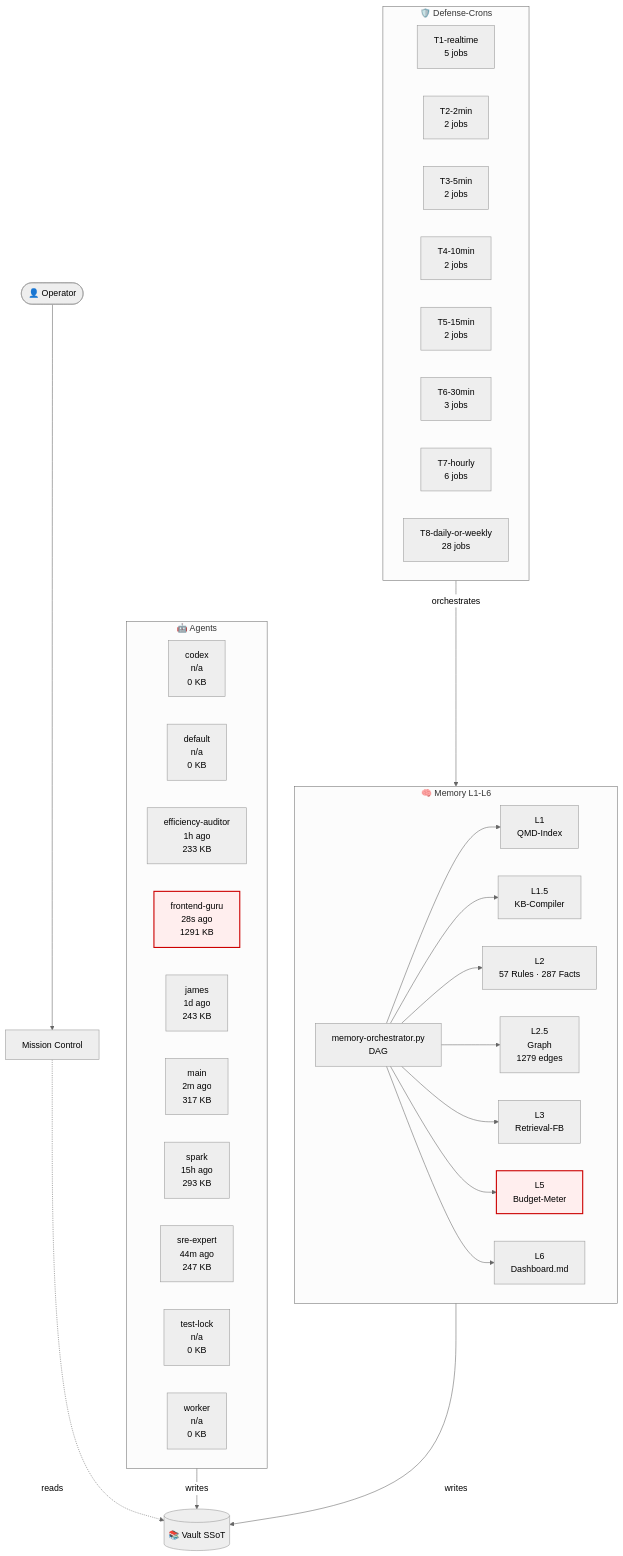
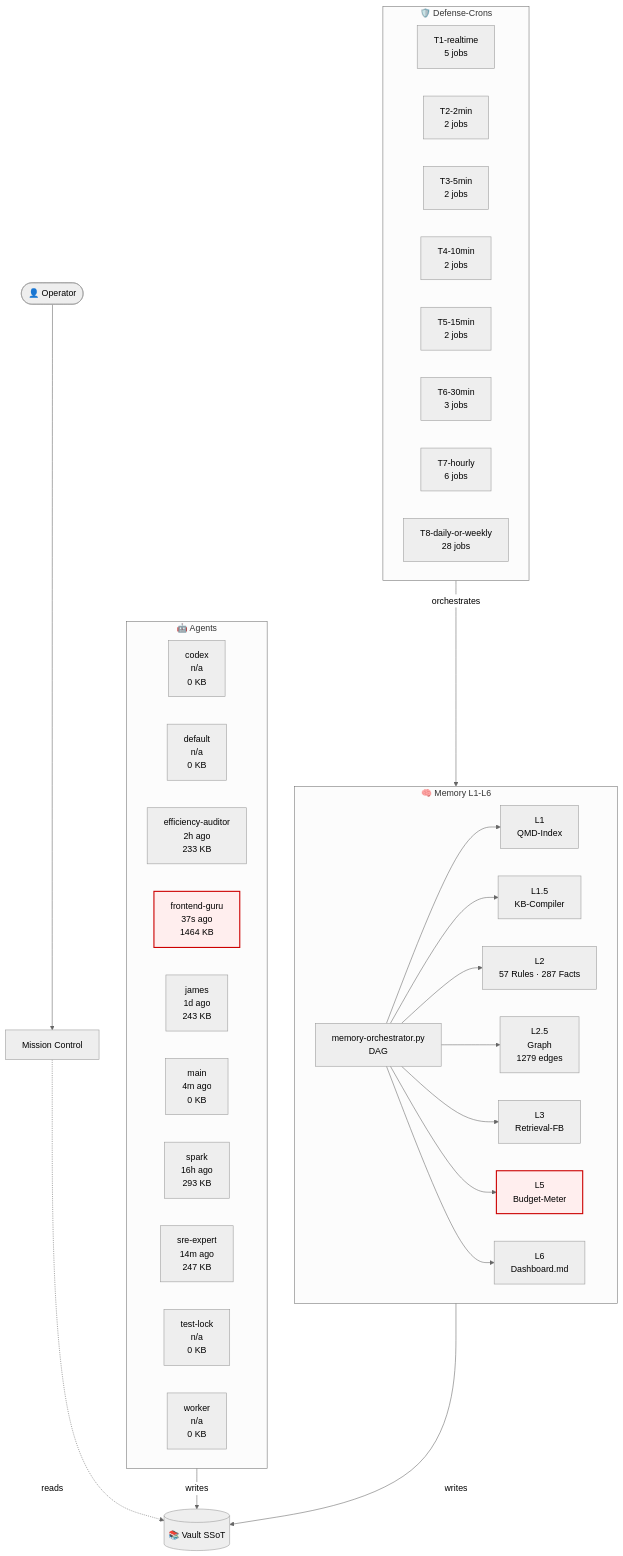
The diagram in 03-Agents/architecture-live.md (lenardhuebner88-rgb/openclaw-memory), drawn with Mermaid (neutral theme) before and after one commit. The commit also changed other lines of this file and 6 other files, not shown here.

````diff
--- a/03-Agents/architecture-live.md
+++ b/03-Agents/architecture-live.md
@@ -18,53 +18,53 @@
 ```mermaid
 flowchart TB
     classDef critical fill:#fee,stroke:#c00,stroke-width:2px;
     subgraph AGT["🤖 Agents"]
         agent_codex["codex<br/>n/a<br/>0 KB"]
         agent_default["default<br/>n/a<br/>0 KB"]
-        agent_efficiency_auditor["efficiency-auditor<br/>1h ago<br/>233 KB"]
-        agent_frontend_guru["frontend-guru<br/>28s ago<br/>1291 KB"]
+        agent_efficiency_auditor["efficiency-auditor<br/>2h ago<br/>233 KB"]
+        agent_frontend_guru["frontend-guru<br/>37s ago<br/>1464 KB"]
         agent_james["james<br/>1d ago<br/>243 KB"]
-        agent_main["main<br/>2m ago<br/>317 KB"]
-        agent_spark["spark<br/>15h ago<br/>293 KB"]
-        agent_sre_expert["sre-expert<br/>44m ago<br/>247 KB"]
+        agent_main["main<br/>4m ago<br/>0 KB"]
+        agent_spark["spark<br/>16h ago<br/>293 KB"]
+        agent_sre_expert["sre-expert<br/>14m ago<br/>247 KB"]
         agent_test_lock["test-lock<br/>n/a<br/>0 KB"]
         agent_worker["worker<br/>n/a<br/>0 KB"]
     end
     subgraph MEM["🧠 Memory L1-L6"]
         L1["L1<br/>QMD-Index"]
         L15["L1.5<br/>KB-Compiler"]
         L2["L2<br/>57 Rules · 287 Facts"]
         L25["L2.5<br/>Graph<br/>1279 edges"]
         L3["L3<br/>Retrieval-FB"]
         L5["L5<br/>Budget-Meter"]
         L6["L6<br/>Dashboard.md"]
         ORCH["memory-orchestrator.py<br/>DAG"]
     end
     subgraph CRN["🛡️ Defense-Crons"]
         tier_T1_realtime["T1-realtime<br/>5 jobs"]
         tier_T2_2min["T2-2min<br/>2 jobs"]
         tier_T3_5min["T3-5min<br/>2 jobs"]
         tier_T4_10min["T4-10min<br/>2 jobs"]
         tier_T5_15min["T5-15min<br/>2 jobs"]
         tier_T6_30min["T6-30min<br/>3 jobs"]
         tier_T7_hourly["T7-hourly<br/>6 jobs"]
         tier_T8_daily_or_weekly["T8-daily-or-weekly<br/>28 jobs"]
     end
     VAULT[("📚 Vault SSoT")]
     OP([👤 Operator])
     MC["Mission Control"]
     OP --> MC
     MC -.reads.-> VAULT
     AGT -->|writes| VAULT
     MEM -->|writes| VAULT
     ORCH --> L1
     ORCH --> L15
     ORCH --> L2
     ORCH --> L25
     ORCH --> L3
     ORCH --> L5
     ORCH --> L6
     CRN -->|orchestrates| MEM
     class L5 critical
     class agent_frontend_guru critical
 ```
````
